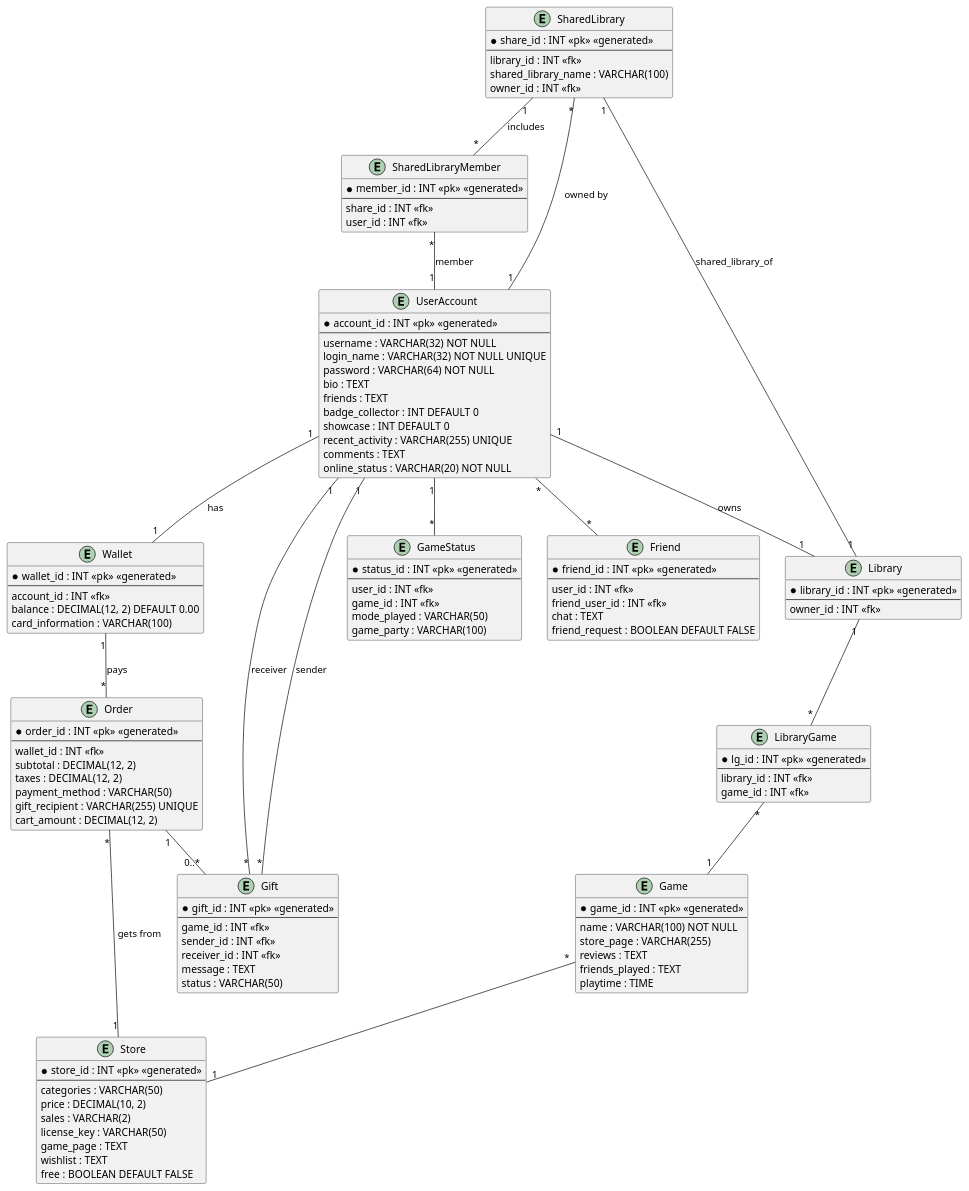
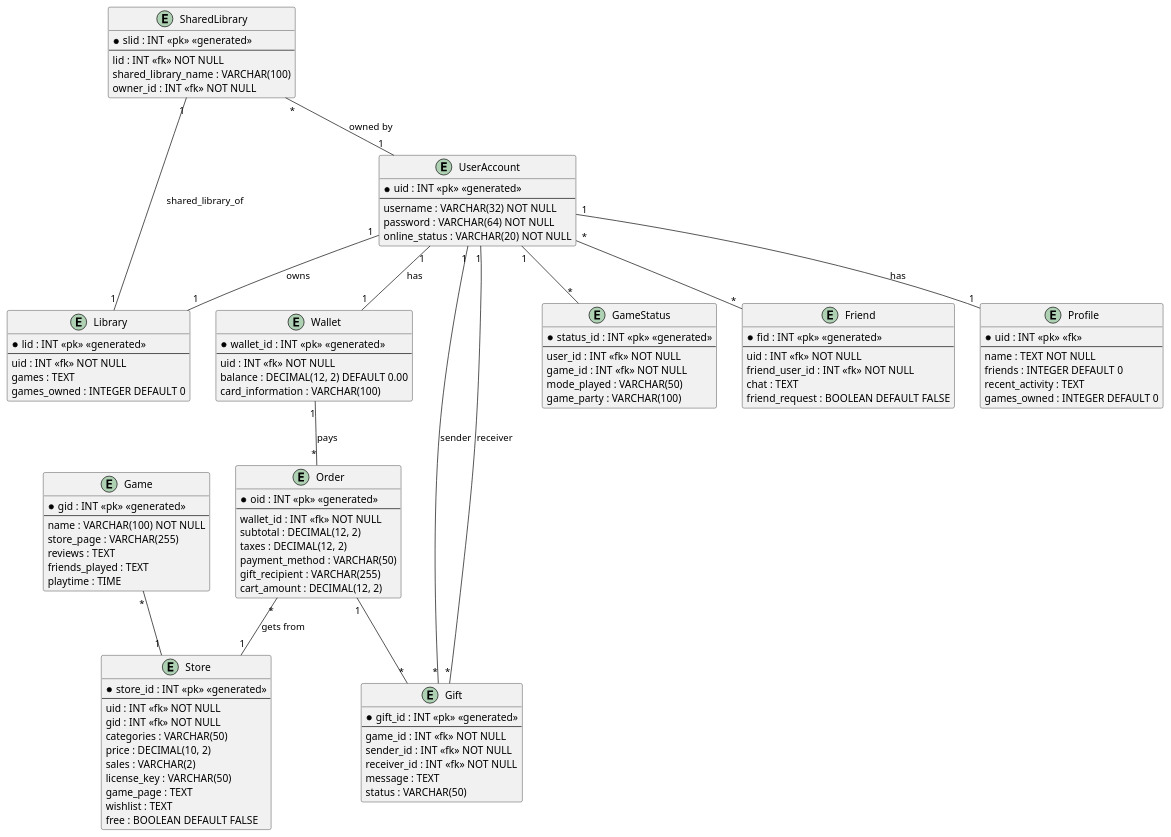
Before and after one commit to edwinkras/steam_db_project: the second of 2 diagrams in README.md, drawn with PlantUML. The commit also changed other lines of this file, not shown here.

Commit message:
Changes to my ERD
Due to me doing the SQL tables a bit differently from the ERD entities, I decided to change them to have them be connected and make sense. I could've just left it as is but it just wouldn't feel right.

````diff
--- a/README.md
+++ b/README.md
@@ -161,28 +155,32 @@
 @startuml
 
 entity UserAccount {
-    * account_id : INT <<pk>> <<generated>>
+    * uid : INT <<pk>> <<generated>>
     ---
     username : VARCHAR(32) NOT NULL
-    login_name : VARCHAR(32) NOT NULL UNIQUE
     password : VARCHAR(64) NOT NULL
-    bio : TEXT
-    friends : TEXT
-    badge_collector : INT DEFAULT 0
-    showcase : INT DEFAULT 0
-    recent_activity : VARCHAR(255) UNIQUE
-    comments : TEXT
     online_status : VARCHAR(20) NOT NULL
 }
 
+entity Profile {
+    * uid : INT <<pk>> <<fk>>
+    ---
+    name : TEXT NOT NULL
+    friends : INTEGER DEFAULT 0
+    recent_activity : TEXT
+    games_owned : INTEGER DEFAULT 0
+}
+
 entity Library {
-    * library_id : INT <<pk>> <<generated>>
+    * lid : INT <<pk>> <<generated>>
     ---
-    owner_id : INT <<fk>>
+    uid : INT <<fk>> NOT NULL
+    games : TEXT
+    games_owned : INTEGER DEFAULT 0
 }
 
 entity Game {
-    * game_id : INT <<pk>> <<generated>>
+    * gid : INT <<pk>> <<generated>>
     ---
     name : VARCHAR(100) NOT NULL
     store_page : VARCHAR(255)
@@ -191,16 +189,11 @@
     playtime : TIME
 }
 
-entity LibraryGame {
-    * lg_id : INT <<pk>> <<generated>>
-    ---
-    library_id : INT <<fk>>
-    game_id : INT <<fk>>
-}
-
 entity Store {
     * store_id : INT <<pk>> <<generated>>
     ---
+    uid : INT <<fk>> NOT NULL
+    gid : INT <<fk>> NOT NULL
     categories : VARCHAR(50)
     price : DECIMAL(10, 2)
     sales : VARCHAR(2)
@@ -213,7 +206,7 @@
 entity Wallet {
     * wallet_id : INT <<pk>> <<generated>>
     ---
-    account_id : INT <<fk>>
+    uid : INT <<fk>> NOT NULL
     balance : DECIMAL(12, 2) DEFAULT 0.00
     card_information : VARCHAR(100)
 }
@@ -221,65 +214,53 @@
 entity GameStatus {
     * status_id : INT <<pk>> <<generated>>
     ---
-    user_id : INT <<fk>>
-    game_id : INT <<fk>>
+    user_id : INT <<fk>> NOT NULL
+    game_id : INT <<fk>> NOT NULL
     mode_played : VARCHAR(50)
     game_party : VARCHAR(100)
 }
 
 entity Friend {
-    * friend_id : INT <<pk>> <<generated>>
+    * fid : INT <<pk>> <<generated>>
     ---
-    user_id : INT <<fk>>
-    friend_user_id : INT <<fk>>
+    uid : INT <<fk>> NOT NULL
+    friend_user_id : INT <<fk>> NOT NULL
     chat : TEXT
     friend_request : BOOLEAN DEFAULT FALSE
 }
 
 entity SharedLibrary {
-    * share_id : INT <<pk>> <<generated>>
+    * slid : INT <<pk>> <<generated>>
     ---
-    library_id : INT <<fk>>
+    lid : INT <<fk>> NOT NULL
     shared_library_name : VARCHAR(100)
-    owner_id : INT <<fk>>
-}
-
-entity SharedLibraryMember {
-    * member_id : INT <<pk>> <<generated>>
-    ---
-    share_id : INT <<fk>>
-    user_id : INT <<fk>>
+    owner_id : INT <<fk>> NOT NULL
 }
 
 entity Order {
-    * order_id : INT <<pk>> <<generated>>
+    * oid : INT <<pk>> <<generated>>
     ---
-    wallet_id : INT <<fk>>
+    wallet_id : INT <<fk>> NOT NULL
     subtotal : DECIMAL(12, 2)
     taxes : DECIMAL(12, 2)
     payment_method : VARCHAR(50)
-    gift_recipient : VARCHAR(255) UNIQUE
+    gift_recipient : VARCHAR(255)
     cart_amount : DECIMAL(12, 2)
 }
 
 entity Gift {
     * gift_id : INT <<pk>> <<generated>>
     ---
-    game_id : INT <<fk>>
-    sender_id : INT <<fk>>
-    receiver_id : INT <<fk>>
+    game_id : INT <<fk>> NOT NULL
+    sender_id : INT <<fk>> NOT NULL
+    receiver_id : INT <<fk>> NOT NULL
     message : TEXT
     status : VARCHAR(50)
 }
 
+UserAccount "1" -- "1" Profile : has
 UserAccount "1" -- "1" Library : owns
 UserAccount "1" -- "1" Wallet : has
-
-LibraryGame "*" -- "1" Game
-Library "1" -- "*" LibraryGame
-
-Order "1" -- "0..*" Gift
-Wallet "1" -- "*" Order : pays
 
 UserAccount "1" -- "*" GameStatus
 UserAccount "*" -- "*" Friend
@@ -287,14 +268,15 @@
 Game "*" -- "1" Store
 Order "*" -- "1" Store : gets from
 
-SharedLibraryMember "*" -- "1" UserAccount : member
 SharedLibrary "*" -- "1" UserAccount : owned by
+SharedLibrary "1" -- "1" Library : shared_library_of
 
-SharedLibrary "1" -- "*" SharedLibraryMember : includes
-SharedLibrary "1" -- "1" Library : shared_library_of
+Order "1" -- "*" Gift
+Wallet "1" -- "*" Order : pays
 
 Gift "*" -- "1" UserAccount : sender
 Gift "*" -- "1" UserAccount : receiver
 
 @enduml
+
 ```
````
